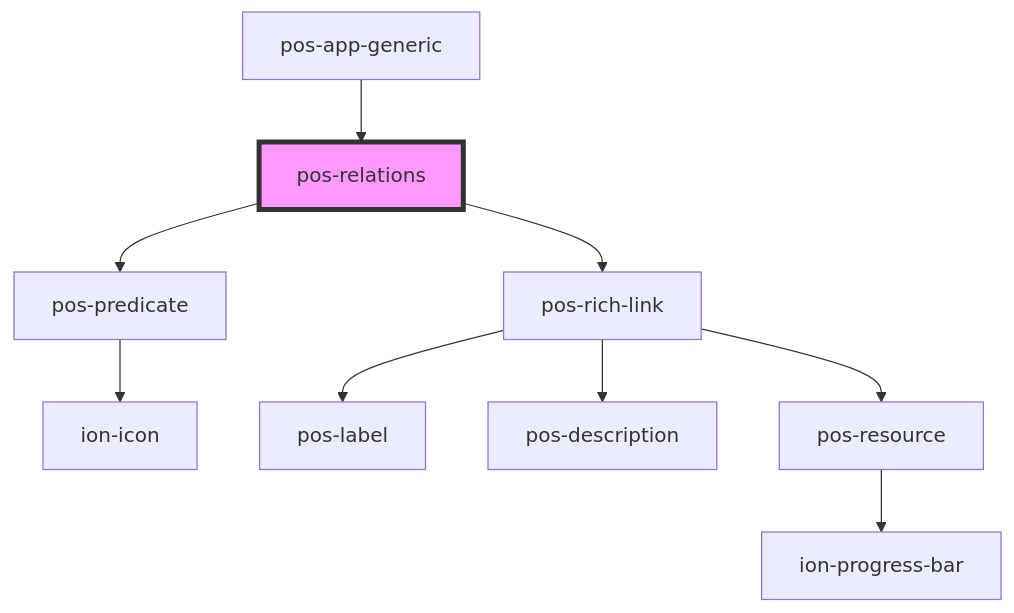
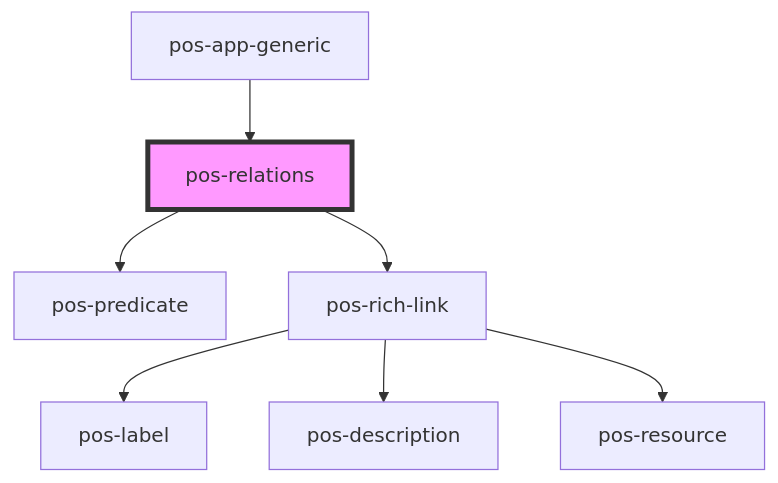
Before and after one commit to pod-os/PodOS: the diagram in docs/elements/components/pos-relations/readme.md, drawn with Mermaid. The commit also changed 31 other files, not shown here.

````diff
--- a/docs/elements/components/pos-relations/readme.md
+++ b/docs/elements/components/pos-relations/readme.md
@@ -27,12 +27,10 @@
 ```mermaid
 graph TD;
   pos-relations --> pos-predicate
   pos-relations --> pos-rich-link
-  pos-predicate --> ion-icon
   pos-rich-link --> pos-label
   pos-rich-link --> pos-description
   pos-rich-link --> pos-resource
-  pos-resource --> ion-progress-bar
   pos-app-generic --> pos-relations
   style pos-relations fill:#f9f,stroke:#333,stroke-width:4px
 ```
````
